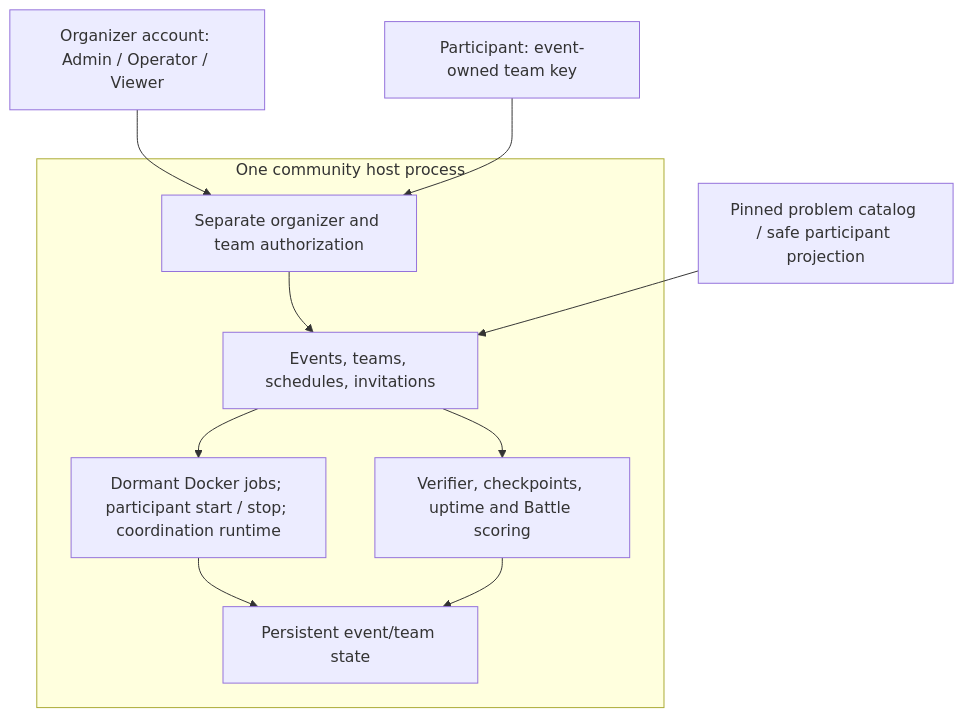
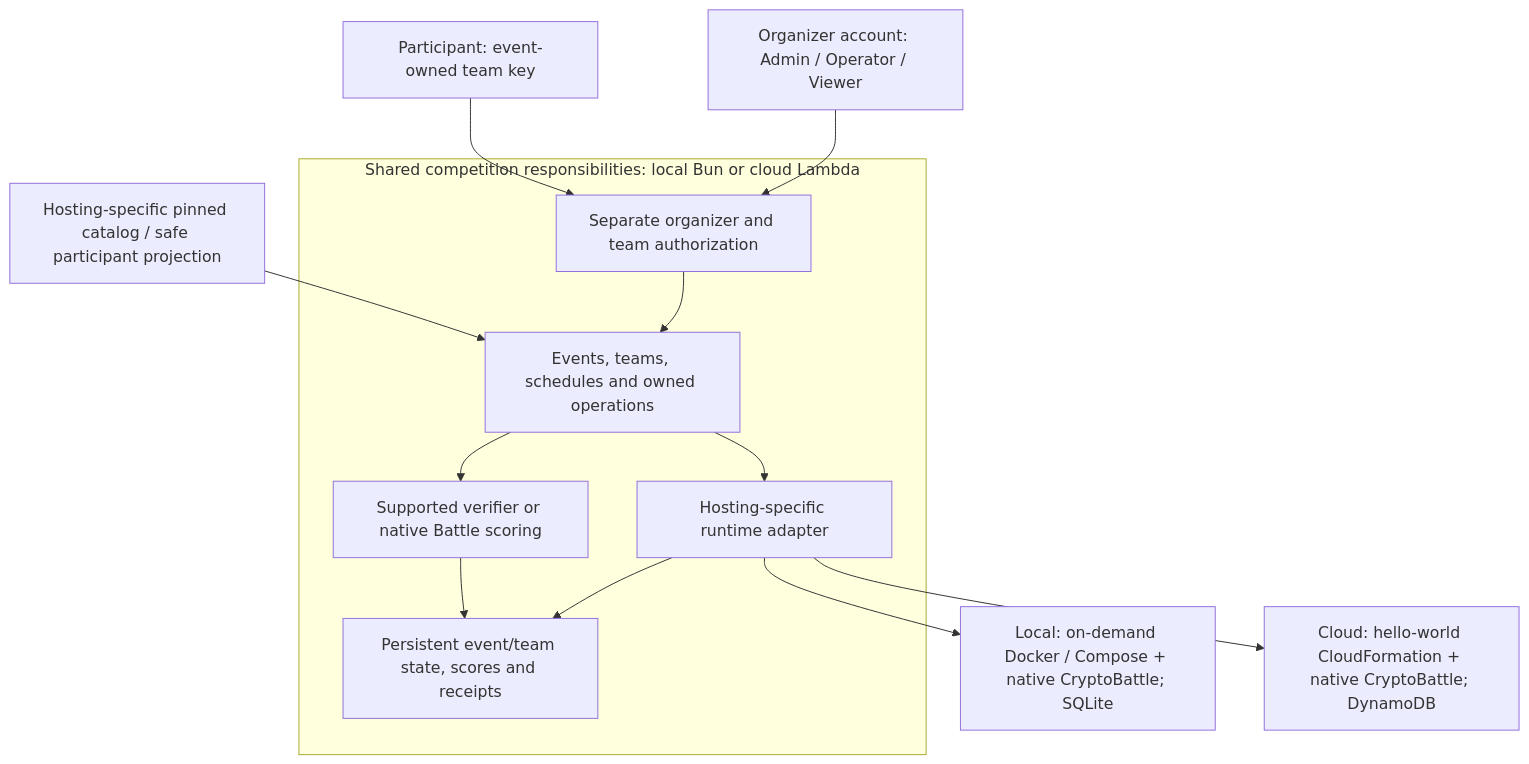
The diagram in docs/architecture/diagrams/logical.mmd (susumutomita/TenkaCloud), drawn with Mermaid before and after one commit. The commit also changed 60 other files, not shown here.

Commit message:
feat: add reviewed cloud setup and preserve current architecture guidance

```diff
--- a/docs/architecture/diagrams/logical.mmd
+++ b/docs/architecture/diagrams/logical.mmd
@@ -1,19 +1,23 @@
 flowchart TB
   Organizer["Organizer account: Admin / Operator / Viewer"]
   Team["Participant: event-owned team key"]
-  subgraph Host["One community host process"]
+  subgraph Host["Shared competition responsibilities: local Bun or cloud Lambda"]
     Auth["Separate organizer and team authorization"]
-    Event["Events, teams, schedules, invitations"]
-    Runtime["Dormant Docker jobs; participant start / stop; coordination runtime"]
-    Score["Verifier, checkpoints, uptime and Battle scoring"]
-    Store["Persistent event/team state"]
+    Event["Events, teams, schedules and owned operations"]
+    Runtime["Hosting-specific runtime adapter"]
+    Score["Supported verifier or native Battle scoring"]
+    Store["Persistent event/team state, scores and receipts"]
   end
-  Catalog["Pinned problem catalog / safe participant projection"]
+  Catalog["Hosting-specific pinned catalog / safe participant projection"]
+  Local["Local: on-demand Docker / Compose + native CryptoBattle; SQLite"]
+  Cloud["Cloud: hello-world CloudFormation + native CryptoBattle; DynamoDB"]
   Organizer --> Auth
   Team --> Auth
   Auth --> Event
   Event --> Runtime
   Event --> Score
   Catalog --> Event
   Runtime --> Store
   Score --> Store
+  Runtime --> Local
+  Runtime --> Cloud
```
